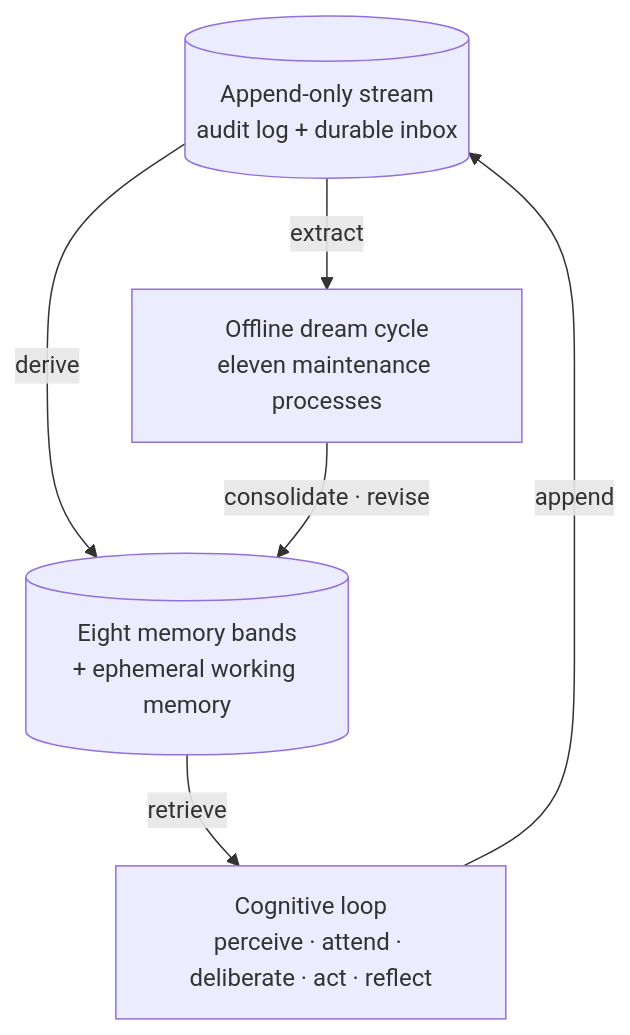
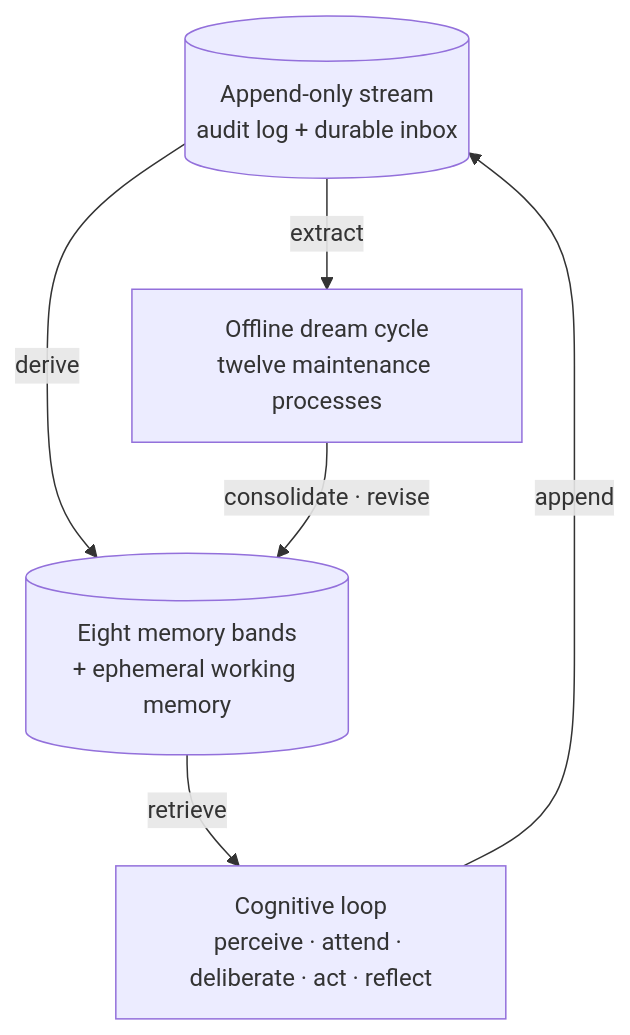
Before and after one commit to TKasperczyk/borg: the diagram in README.md, drawn with Mermaid. The commit also changed other lines of this file and 28 other files, not shown here.

````diff
--- a/README.md
+++ b/README.md
@@ -34,13 +34,13 @@
 ```mermaid
 flowchart TD
     Stream[("Append-only stream<br/>audit log + durable inbox")]
     Bands[("Eight memory bands<br/>+ ephemeral working memory")]
     Loop["Cognitive loop<br/>perceive · attend · deliberate · act · reflect"]
-    Dream["Offline dream cycle<br/>eleven maintenance processes"]
+    Dream["Offline dream cycle<br/>twelve maintenance processes"]
 
     Stream -->|derive| Bands
     Bands -->|retrieve| Loop
     Loop -->|append| Stream
     Stream -->|extract| Dream
     Dream -->|consolidate · revise| Bands
 ```
````
